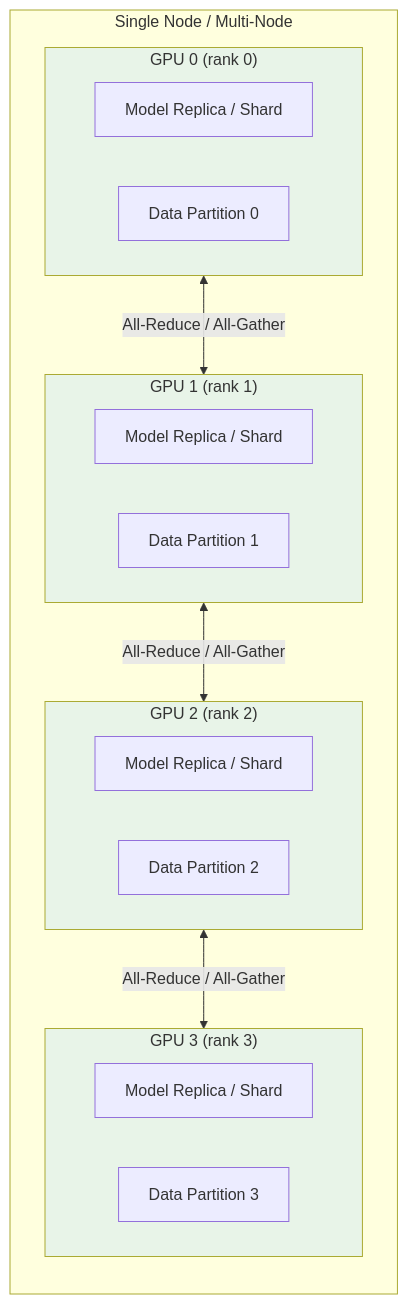
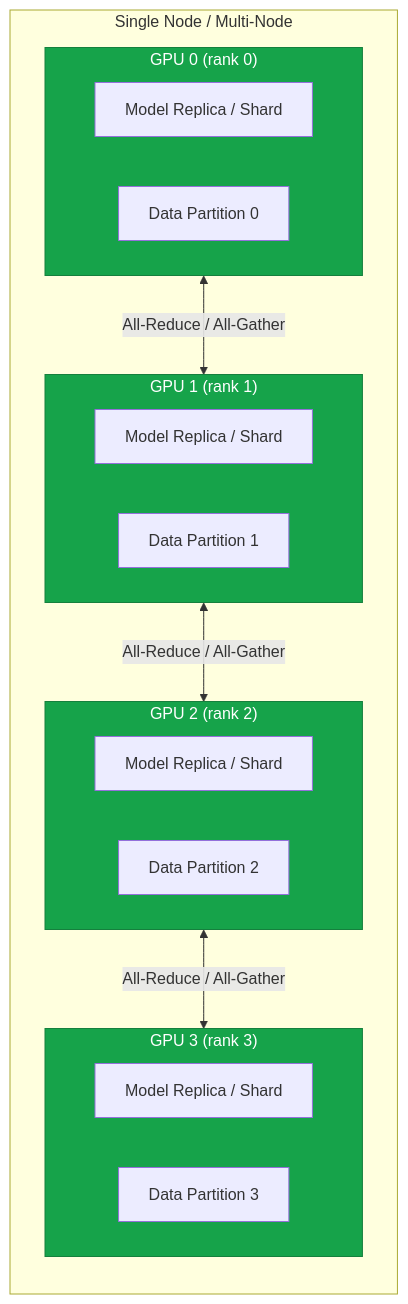
Before and after one commit to rubencr14/molfun: the first of 2 diagrams in docs/advanced/distributed.md, drawn with Mermaid. The commit also changed 5 other files, not shown here.

````diff
--- a/docs/advanced/distributed.md
+++ b/docs/advanced/distributed.md
@@ -12,31 +12,31 @@
 ```mermaid
 flowchart LR
     subgraph Node["Single Node / Multi-Node"]
         direction TB
         subgraph GPU0["GPU 0 (rank 0)"]
             M0[Model Replica / Shard]
             D0[Data Partition 0]
         end
         subgraph GPU1["GPU 1 (rank 1)"]
             M1[Model Replica / Shard]
             D1[Data Partition 1]
         end
         subgraph GPU2["GPU 2 (rank 2)"]
             M2[Model Replica / Shard]
             D2[Data Partition 2]
         end
         subgraph GPU3["GPU 3 (rank 3)"]
             M3[Model Replica / Shard]
             D3[Data Partition 3]
         end
     end
 
     GPU0 <-->|All-Reduce / All-Gather| GPU1
     GPU1 <-->|All-Reduce / All-Gather| GPU2
     GPU2 <-->|All-Reduce / All-Gather| GPU3
 
-    style GPU0 fill:#e8f4e8
-    style GPU1 fill:#e8f4e8
-    style GPU2 fill:#e8f4e8
-    style GPU3 fill:#e8f4e8
+    style GPU0 fill:#16a34a,stroke:#15803d,color:#ffffff
+    style GPU1 fill:#16a34a,stroke:#15803d,color:#ffffff
+    style GPU2 fill:#16a34a,stroke:#15803d,color:#ffffff
+    style GPU3 fill:#16a34a,stroke:#15803d,color:#ffffff
 ```
````
